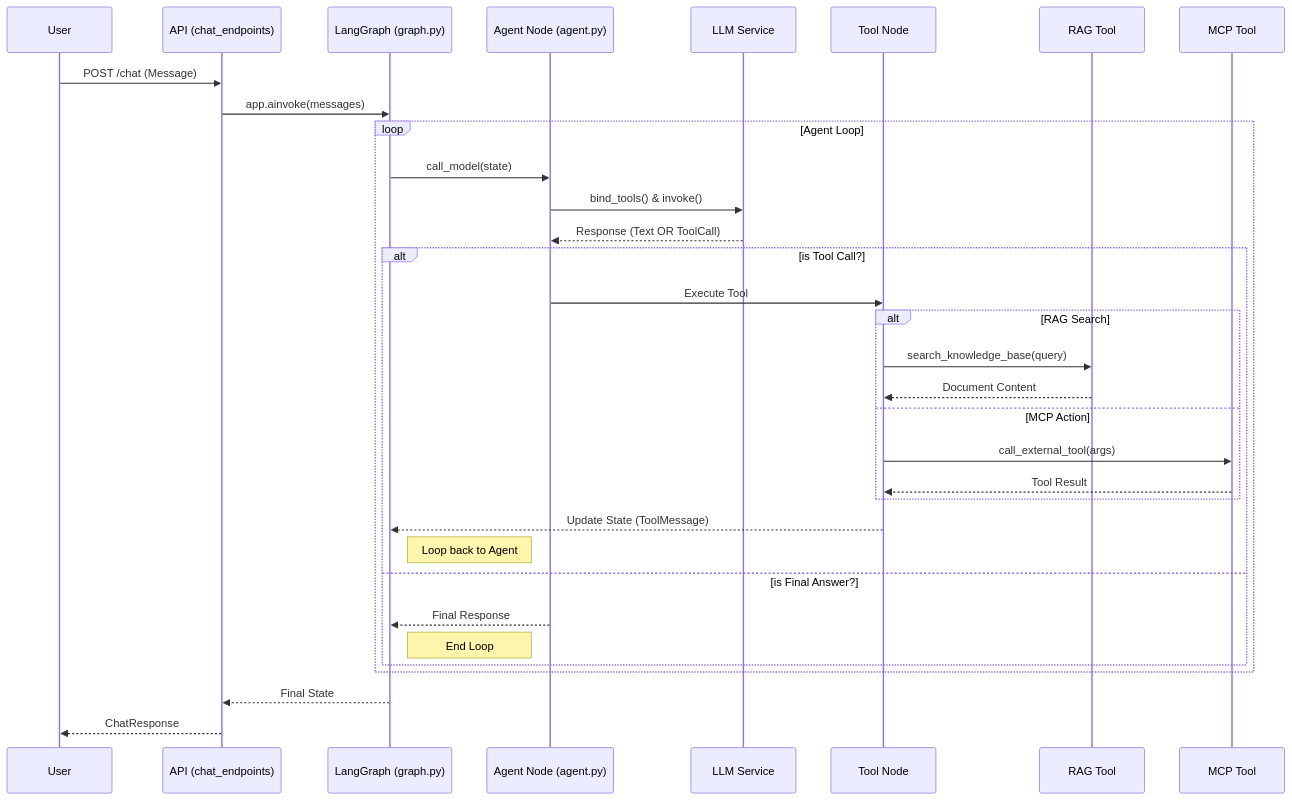
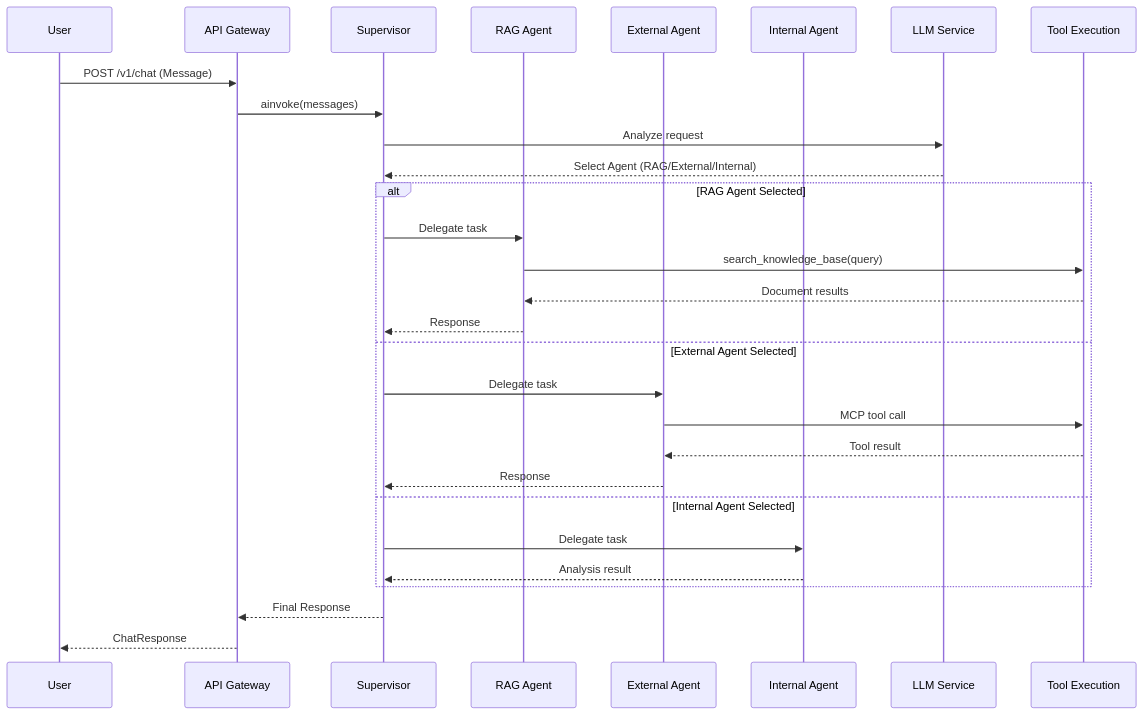
The second of 3 diagrams in README.md (Hyeongseob91/sm-ai-v2-backend), drawn with Mermaid before and after one commit. The commit also changed other lines of this file and 20 other files, not shown here.

First line of the commit message:
Supervisor-based Multi-Agent Architecture Design (Refactoring)

````diff
--- a/README.md
+++ b/README.md
@@ -107,39 +152,35 @@
 ```mermaid
 sequenceDiagram
     participant User
-    participant API as API (chat_endpoints)
-    participant Graph as LangGraph (graph.py)
-    participant Agent as Agent Node (agent.py)
+    participant API as API Gateway
+    participant Sup as Supervisor
+    participant RAG as RAG Agent
+    participant Ext as External Agent
+    participant Int as Internal Agent
     participant LLM as LLM Service
-    participant Tools as Tool Node
-    participant RAG as RAG Tool
-    participant MCP as MCP Tool
+    participant Tools as Tool Execution
 
-    User->>API: POST /chat (Message)
-    API->>Graph: app.ainvoke(messages)
-    
-    loop Agent Loop
-        Graph->>Agent: call_model(state)
-        Agent->>LLM: bind_tools() & invoke()
-        LLM-->>Agent: Response (Text OR ToolCall)
-        
-        alt is Tool Call?
-            Agent->>Tools: Execute Tool
-            alt RAG Search
-                Tools->>RAG: search_knowledge_base(query)
-                RAG-->>Tools: Document Content
-            else MCP Action
-                Tools->>MCP: call_external_tool(args)
-                MCP-->>Tools: Tool Result
-            end
-            Tools-->>Graph: Update State (ToolMessage)
-            Note right of Graph: Loop back to Agent
-        else is Final Answer?
-            Agent-->>Graph: Final Response
-            Note right of Graph: End Loop
-        end
+    User->>API: POST /v1/chat (Message)
+    API->>Sup: ainvoke(messages)
+
+    Sup->>LLM: Analyze request
+    LLM-->>Sup: Select Agent (RAG/External/Internal)
+
+    alt RAG Agent Selected
+        Sup->>RAG: Delegate task
+        RAG->>Tools: search_knowledge_base(query)
+        Tools-->>RAG: Document results
+        RAG-->>Sup: Response
+    else External Agent Selected
+        Sup->>Ext: Delegate task
+        Ext->>Tools: MCP tool call
+        Tools-->>Ext: Tool result
+        Ext-->>Sup: Response
+    else Internal Agent Selected
+        Sup->>Int: Delegate task
+        Int-->>Sup: Analysis result
     end
-    
-    Graph-->>API: Final State
+
+    Sup-->>API: Final Response
     API-->>User: ChatResponse
 ```
````
